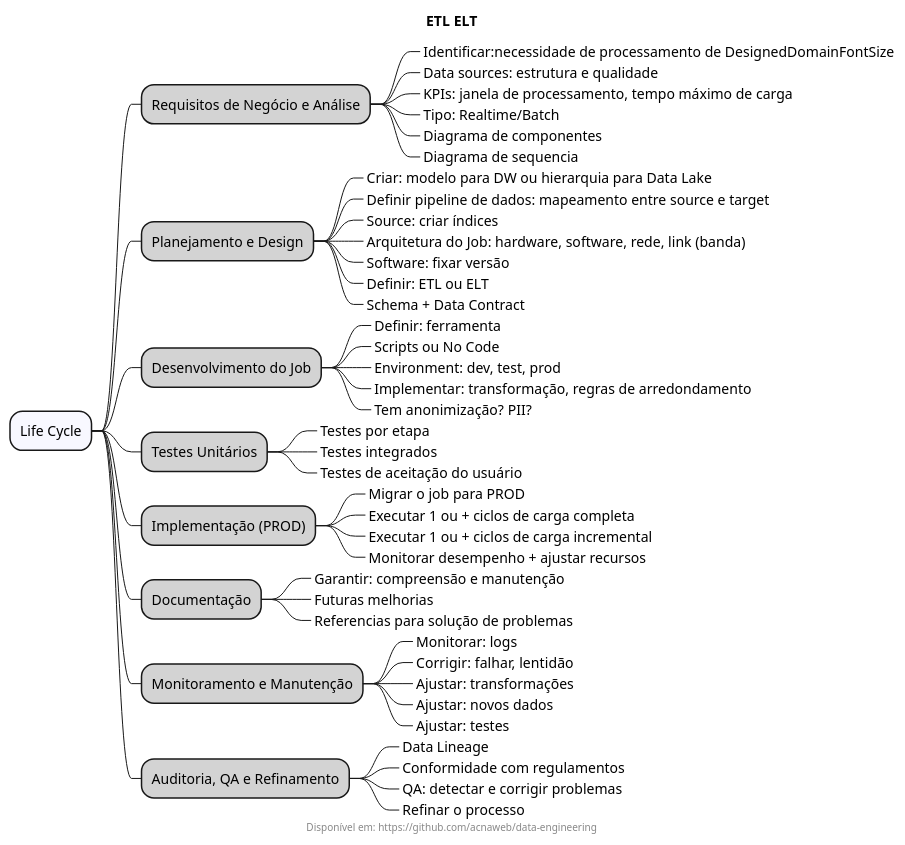
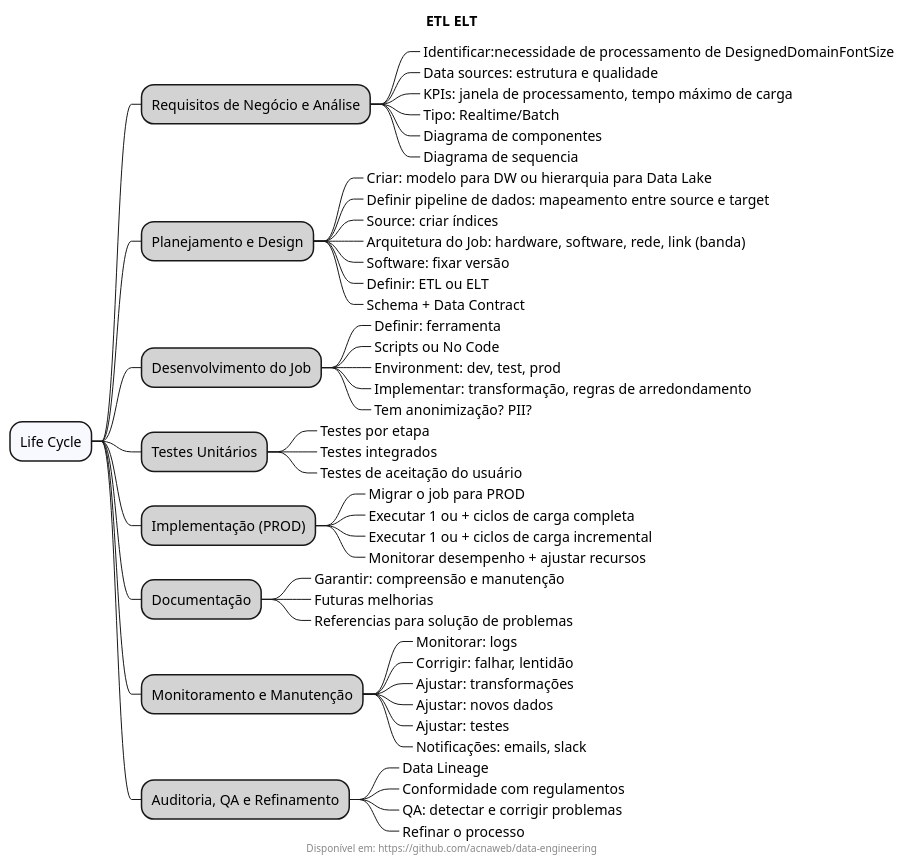
One commit to acnaweb/data-engineering changed the diagram in diagrams/etl-elt.puml. Above: the diagram before and after it, drawn with PlantUML. The commit also changed 2 other files, not shown here.

```diff
--- a/diagrams/etl-elt.puml
+++ b/diagrams/etl-elt.puml
@@ -1,61 +1,62 @@
 @startmindmap
 
 title "ETL ELT"
 footer Disponível em: https://github.com/acnaweb/data-engineering
 
 *[#F8F8FF]  Life Cycle
 
 **[#LightGray] Requisitos de Negócio e Análise
 ***_ Identificar:necessidade de processamento de DesignedDomainFontSize
 ***_ Data sources: estrutura e qualidade
 ***_ KPIs: janela de processamento, tempo máximo de carga
 ***_ Tipo: Realtime/Batch
 ***_ Diagrama de componentes
 ***_ Diagrama de sequencia
 
 **[#LightGray] Planejamento e Design
 ***_ Criar: modelo para DW ou hierarquia para Data Lake
 ***_ Definir pipeline de dados: mapeamento entre source e target
 ***_ Source: criar índices
 ***_ Arquitetura do Job: hardware, software, rede, link (banda)
 ***_ Software: fixar versão
 ***_ Definir: ETL ou ELT
 ***_ Schema + Data Contract
 
 **[#LightGray] Desenvolvimento do Job
 ***_ Definir: ferramenta
 ***_ Scripts ou No Code
 ***_ Environment: dev, test, prod
 ***_ Implementar: transformação, regras de arredondamento
 ***_ Tem anonimização? PII?
 
 **[#LightGray] Testes Unitários
 ***_ Testes por etapa
 ***_ Testes integrados
 ***_ Testes de aceitação do usuário
 
 **[#LightGray] Implementação (PROD)
 ***_ Migrar o job para PROD
 ***_ Executar 1 ou + ciclos de carga completa
 ***_ Executar 1 ou + ciclos de carga incremental
 ***_ Monitorar desempenho + ajustar recursos
 
 **[#LightGray] Documentação
 ***_ Garantir: compreensão e manutenção
 ***_ Futuras melhorias
 ***_ Referencias para solução de problemas
 
 **[#LightGray] Monitoramento e Manutenção
 ***_ Monitorar: logs
 ***_ Corrigir: falhar, lentidão
 ***_ Ajustar: transformações
 ***_ Ajustar: novos dados
 ***_ Ajustar: testes
+***_ Notificações: emails, slack
 
 **[#LightGray] Auditoria, QA e Refinamento
 ***_ Data Lineage
 ***_ Conformidade com regulamentos 
 ***_ QA: detectar e corrigir problemas
 ***_ Refinar o processo
 
 @endmindmap
```
